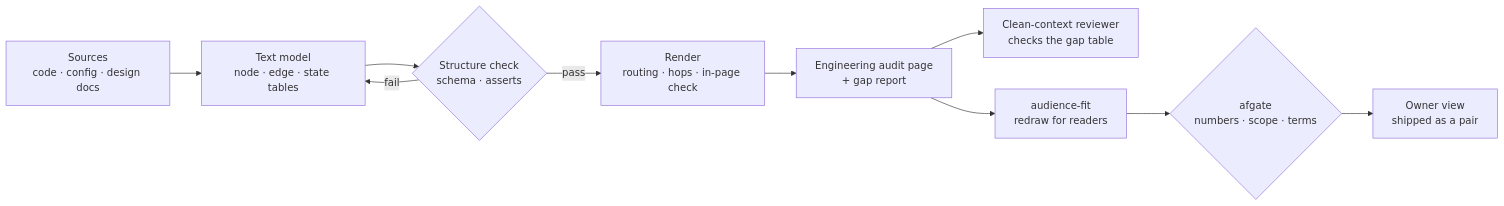
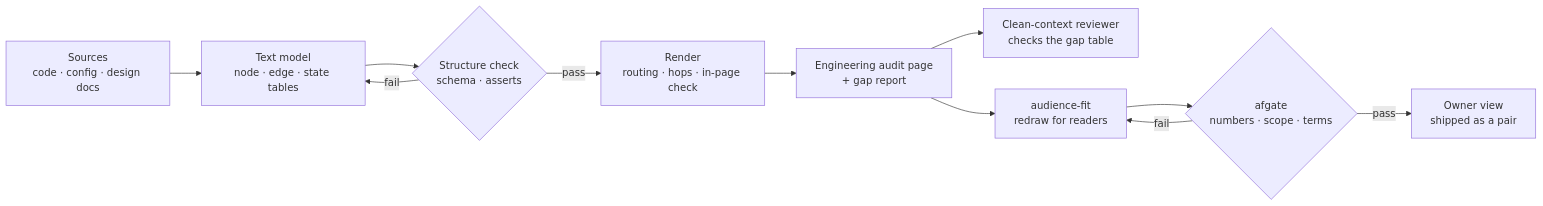
The diagram in README.en.md (WizerdBaChe/diagram-audience-fit), drawn with Mermaid before and after one commit. The commit also changed other lines of this file and 9 other files, not shown here.

First line of the commit message:
docs(release): v1.1.0 notes and the English workflow figure

````diff
--- a/README.en.md
+++ b/README.en.md
@@ -97,12 +111,13 @@
 ```mermaid
 flowchart LR
   S["Sources<br/>code · config · design docs"] --> M["Text model<br/>node · edge · state tables"]
   M --> G{"Structure check<br/>schema · asserts"}
   G -- fail --> M
   G -- pass --> R["Render<br/>routing · hops · in-page check"]
   R --> P["Engineering audit page<br/>+ gap report"]
   P --> V["Clean-context reviewer<br/>checks the gap table"]
   P --> A["audience-fit<br/>redraw for readers"]
   A --> K{"afgate<br/>numbers · scope · terms"}
-  K --> O["Owner view<br/>shipped as a pair"]
+  K -- fail --> A
+  K -- pass --> O["Owner view<br/>shipped as a pair"]
 ```
````
